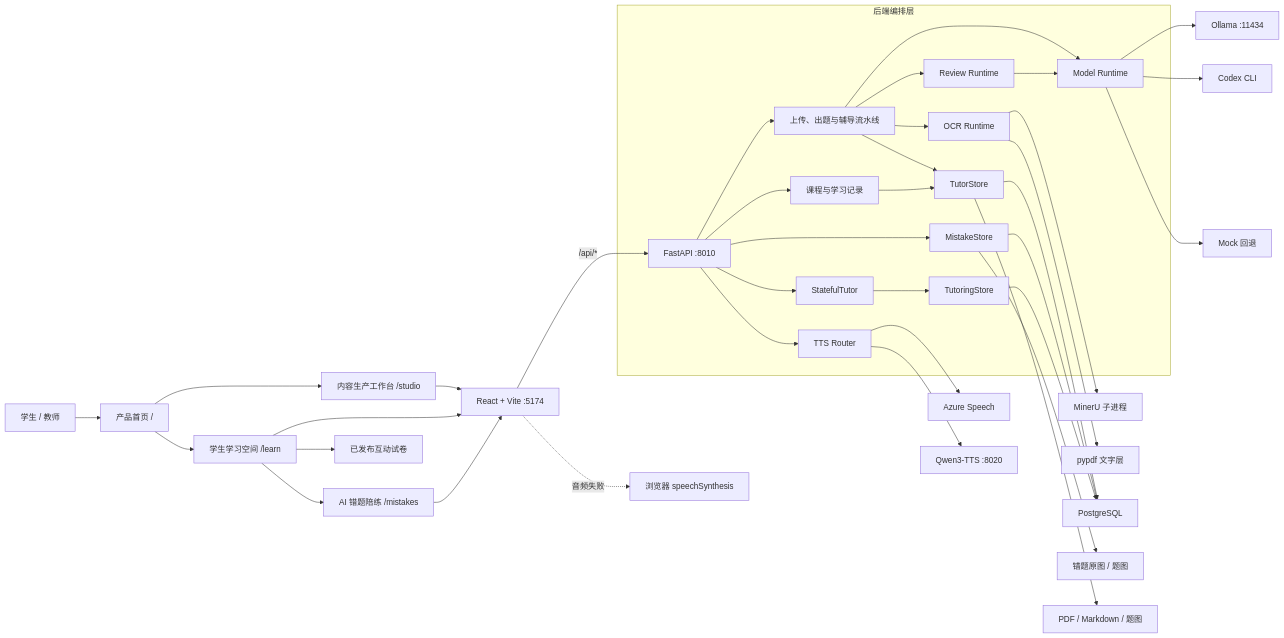
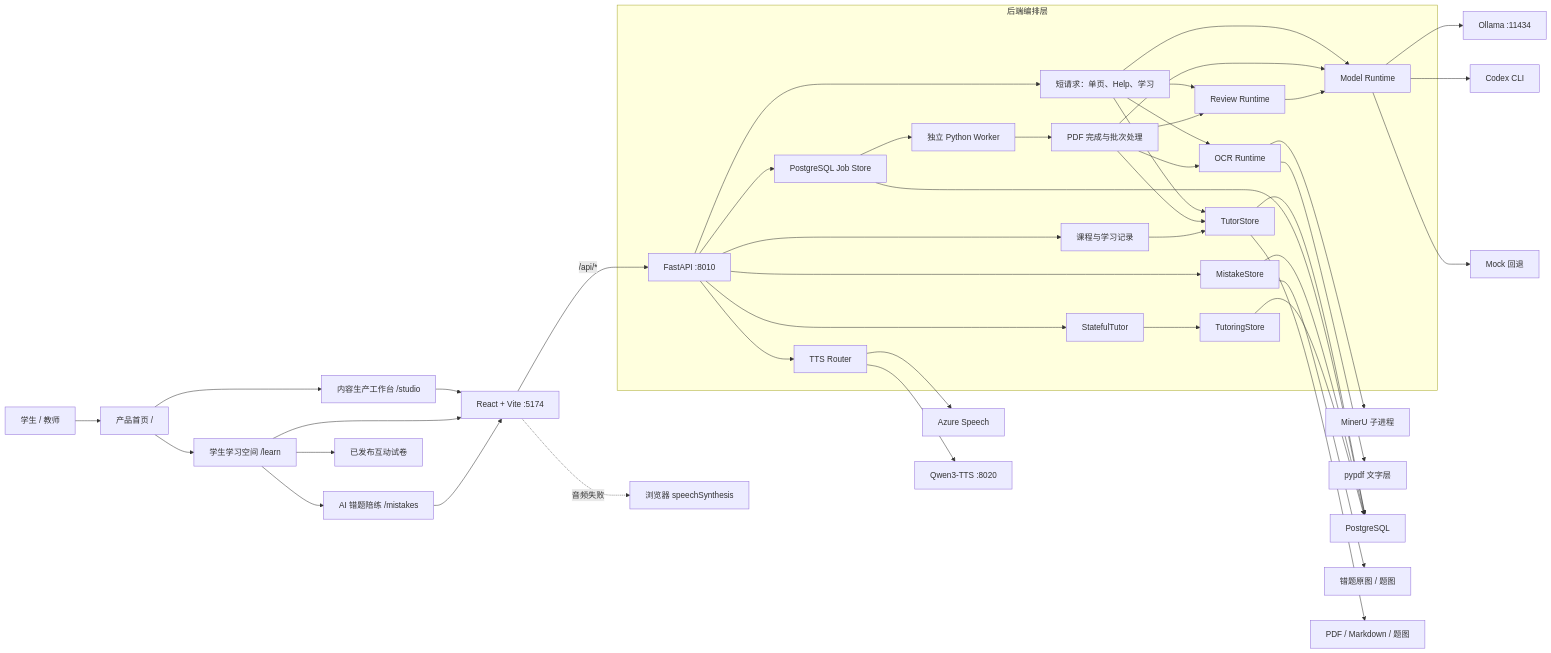
Before and after one commit to ningkaikok/dotty-tutor: the first of 5 diagrams in docs/architecture.md, drawn with Mermaid. The commit also changed other lines of this file and 51 other files, not shown here.

````diff
--- a/docs/architecture.md
+++ b/docs/architecture.md
@@ -12,41 +12,49 @@
 ```mermaid
 flowchart LR
   User["学生 / 教师"] --> Home["产品首页 /"]
   Home --> Student["学生学习空间 /learn"]
   Home --> Studio["内容生产工作台 /studio"]
   Student --> Mistakes["AI 错题陪练 /mistakes"]
   Student --> Papers["已发布互动试卷"]
   Studio --> Web["React + Vite :5174"]
   Student --> Web
   Mistakes --> Web
   Web -->|"/api/*"| API["FastAPI :8010"]
 
   subgraph Backend["后端编排层"]
-    API --> Pipeline["上传、出题与辅导流水线"]
+    API --> Pipeline["短请求：单页、Help、学习"]
+    API --> JobStore["PostgreSQL Job Store"]
+    JobStore --> Worker["独立 Python Worker"]
+    Worker --> Processing["PDF 完成与批次处理"]
     API --> Learning["课程与学习记录"]
     Pipeline --> OCR["OCR Runtime"]
     Pipeline --> Model["Model Runtime"]
     Pipeline --> Review["Review Runtime"]
     Pipeline --> Store["TutorStore"]
+    Processing --> OCR
+    Processing --> Model
+    Processing --> Review
+    Processing --> Store
     Learning --> Store
     API --> TTS["TTS Router"]
     API --> MistakeStore["MistakeStore"]
     API --> Tutor["StatefulTutor"]
     Tutor --> ThreadStore["TutoringStore"]
     Review --> Model
   end
 
   OCR --> MinerU["MinerU 子进程"]
   OCR --> PyPDF["pypdf 文字层"]
   Model --> Ollama["Ollama :11434"]
   Model --> Codex["Codex CLI"]
   Model --> Mock["Mock 回退"]
   Store --> PostgreSQL["PostgreSQL"]
+  JobStore --> PostgreSQL
   MistakeStore --> PostgreSQL
   ThreadStore --> PostgreSQL
   MistakeStore --> MistakeFiles["错题原图 / 题图"]
   Store --> Files["PDF / Markdown / 题图"]
   TTS --> Azure["Azure Speech"]
   TTS --> Qwen["Qwen3-TTS :8020"]
   Web -. "音频失败" .-> BrowserTTS["浏览器 speechSynthesis"]
 ```
````
